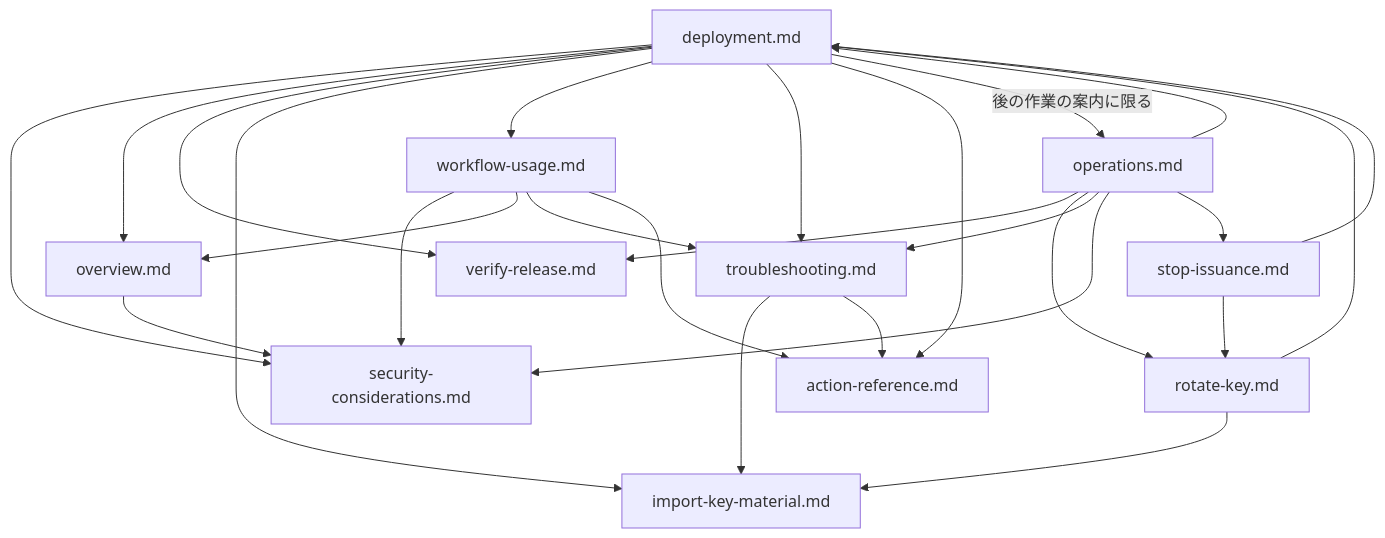
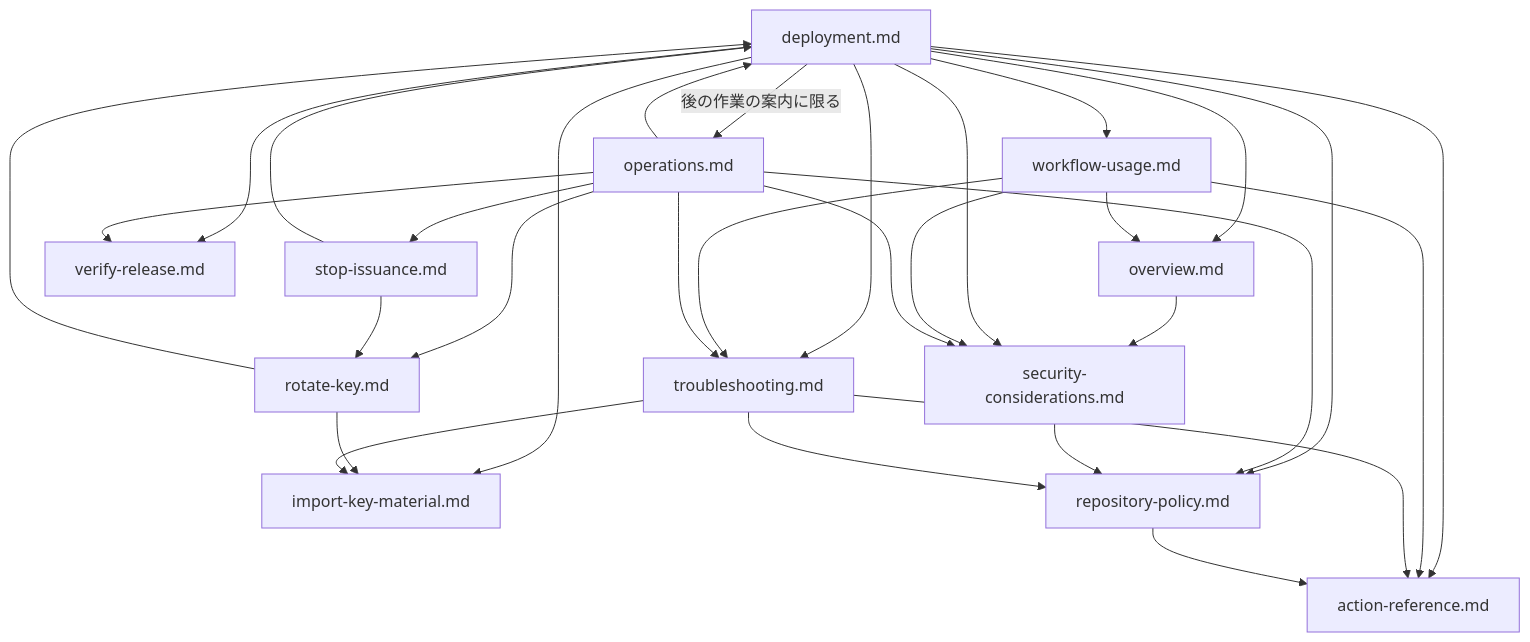
One commit to tmknom/gates changed the second of 3 diagrams in docs/contributing/docs-policy.md. Above: the diagram before and after it, drawn with Mermaid. The commit also changed other lines of this file and 18 other files, not shown here.

First line of the commit message:
feat(repository-policy): add E2E cases and document enforcement

````diff
--- a/docs/contributing/docs-policy.md
+++ b/docs/contributing/docs-policy.md
@@ -177,28 +177,33 @@
 ```mermaid
 flowchart TD
     overview["overview.md"] --> security["security-considerations.md"]
     deployment["deployment.md"] --> security
     deployment --> overview
     deployment --> verify["verify-release.md"]
     deployment --> import["import-key-material.md"]
     deployment --> usage["workflow-usage.md"]
     deployment --> trouble["troubleshooting.md"]
     deployment --> reference["action-reference.md"]
     deployment -->|後の作業の案内に限る| operations
     rotate["rotate-key.md"] --> import
     rotate --> deployment
     usage --> security
     usage --> overview
     usage --> trouble
     usage --> reference
     trouble --> import
     trouble --> reference
     operations["operations.md"] --> deployment
     operations --> verify
     operations --> rotate
     operations --> trouble
     operations --> security
     operations --> stop["stop-issuance.md"]
     stop --> deployment
     stop --> rotate
+    deployment --> policy["repository-policy.md"]
+    operations --> policy
+    security --> policy
+    trouble --> policy
+    policy --> reference
 ```
````
